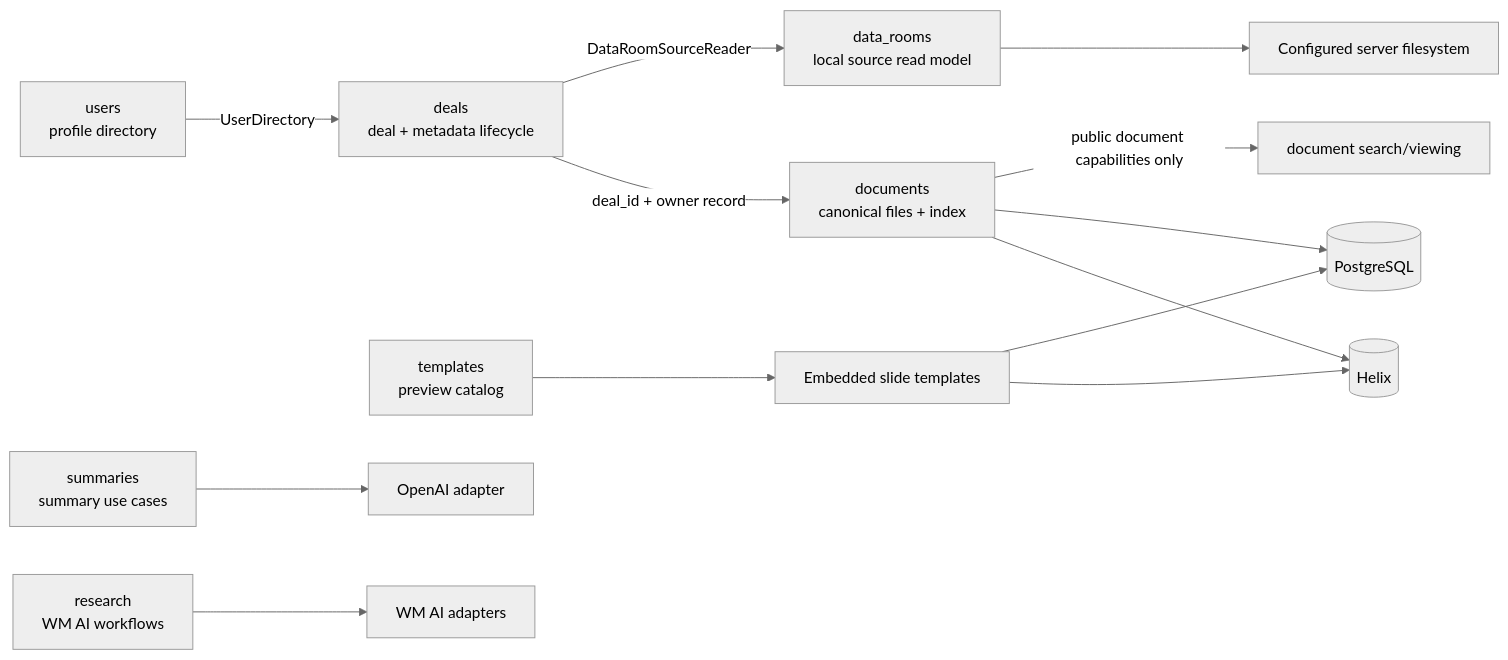
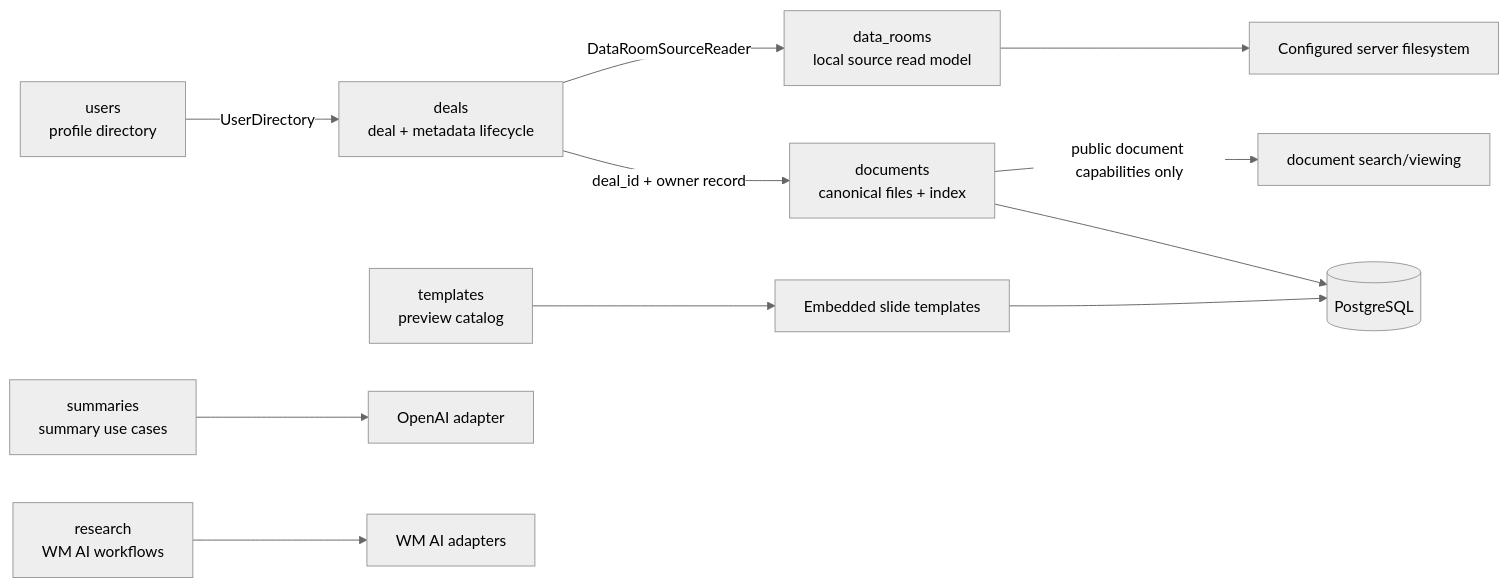
One commit to ratik-gambhir-WM/Quarry changed the first of 2 diagrams in docs/DOMAIN_MODEL.md. Above: the diagram before and after it, drawn with Mermaid (neutral theme). The commit also changed other lines of this file and 114 other files, not shown here.

````diff
--- a/docs/DOMAIN_MODEL.md
+++ b/docs/DOMAIN_MODEL.md
@@ -97,24 +99,22 @@
 ```mermaid
 flowchart LR
     Users[users\nprofile directory]
     Deals[deals\ndeal + metadata lifecycle]
     DataRooms[data_rooms\nlocal source read model]
     Documents[documents\ncanonical files + index]
     Summaries[summaries\nsummary use cases]
     Research[research\nWM AI workflows]
     Templates[templates\npreview catalog]
 
     Users -->|UserDirectory| Deals
     Deals -->|DataRoomSourceReader| DataRooms
     Deals -->|deal_id + owner record| Documents
     Documents -->|public document capabilities only| Search[document search/viewing]
 
     Summaries --> OpenAI[OpenAI adapter]
     Research --> WMAI[WM AI adapters]
     Templates --> Embedded[Embedded slide templates]
     Embedded --> PostgreSQL
-    Embedded --> Helix
     DataRooms --> FS[Configured server filesystem]
     Documents --> PostgreSQL[(PostgreSQL)]
-    Documents --> Helix[(Helix)]
 ```
````
